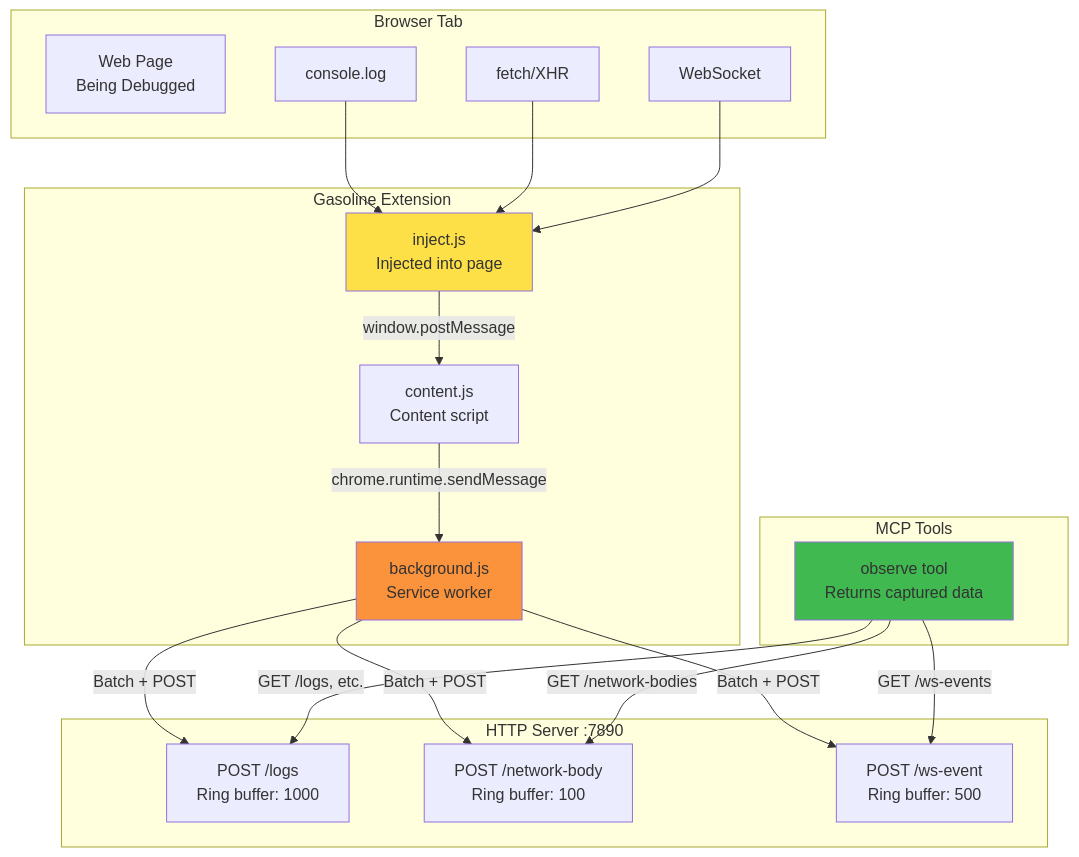
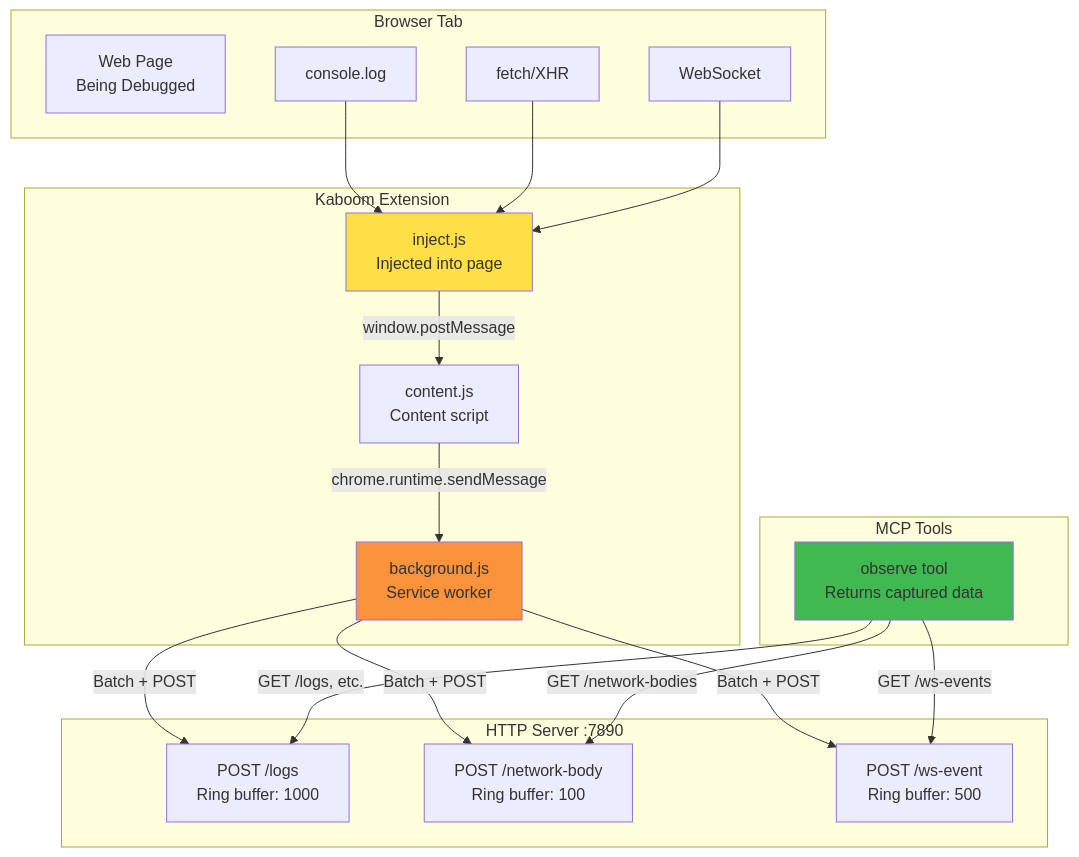
The third of 10 diagrams in docs/architecture/diagrams/system-architecture.md (brennhill/gasoline-mcp-ai-devtools), drawn with Mermaid before and after one commit. The commit also changed other lines of this file and 1983 other files, not shown here.

````diff
--- a/docs/architecture/diagrams/system-architecture.md
+++ b/docs/architecture/diagrams/system-architecture.md
@@ -89,44 +89,44 @@
 ```mermaid
 flowchart TD
     subgraph Browser["Browser Tab"]
         Page[Web Page<br/>Being Debugged]
         Console[console.log]
         Network[fetch/XHR]
         WS[WebSocket]
     end
 
-    subgraph Extension["Gasoline Extension"]
+    subgraph Extension["Kaboom Extension"]
         Inject[inject.js<br/>Injected into page]
         Content[content.js<br/>Content script]
         Background[background.js<br/>Service worker]
     end
 
     subgraph Server["HTTP Server :7890"]
         Logs[POST /logs<br/>Ring buffer: 1000]
         Bodies[POST /network-body<br/>Ring buffer: 100]
         WSEvents[POST /ws-event<br/>Ring buffer: 500]
     end
 
     subgraph MCP["MCP Tools"]
         Observe[observe tool<br/>Returns captured data]
     end
 
     Console --> Inject
     Network --> Inject
     WS --> Inject
 
     Inject -->|window.postMessage| Content
     Content -->|chrome.runtime.sendMessage| Background
 
     Background -->|Batch + POST| Logs
     Background -->|Batch + POST| Bodies
     Background -->|Batch + POST| WSEvents
 
     Observe -->|GET /logs, etc.| Logs
     Observe -->|GET /network-bodies| Bodies
     Observe -->|GET /ws-events| WSEvents
 
     style Inject fill:#fde047
     style Background fill:#fb923c
     style Observe fill:#3fb950
 ```
````
